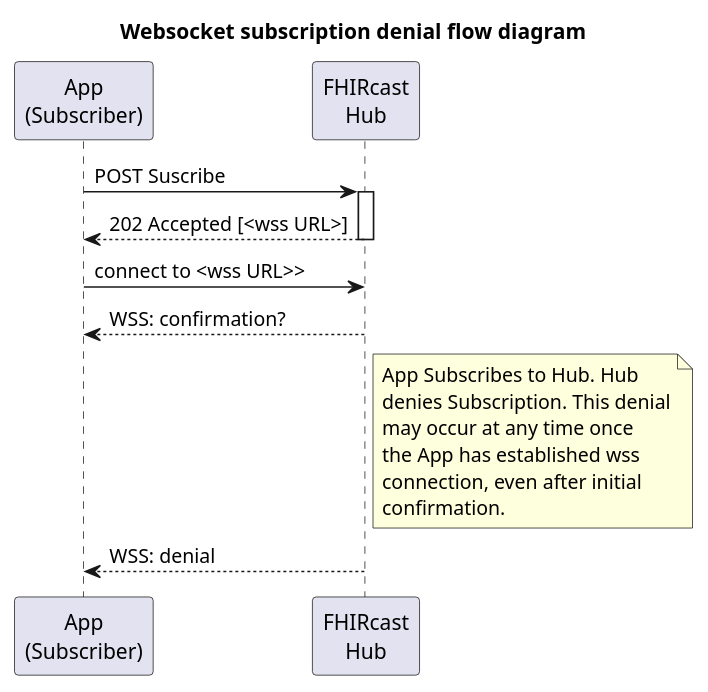
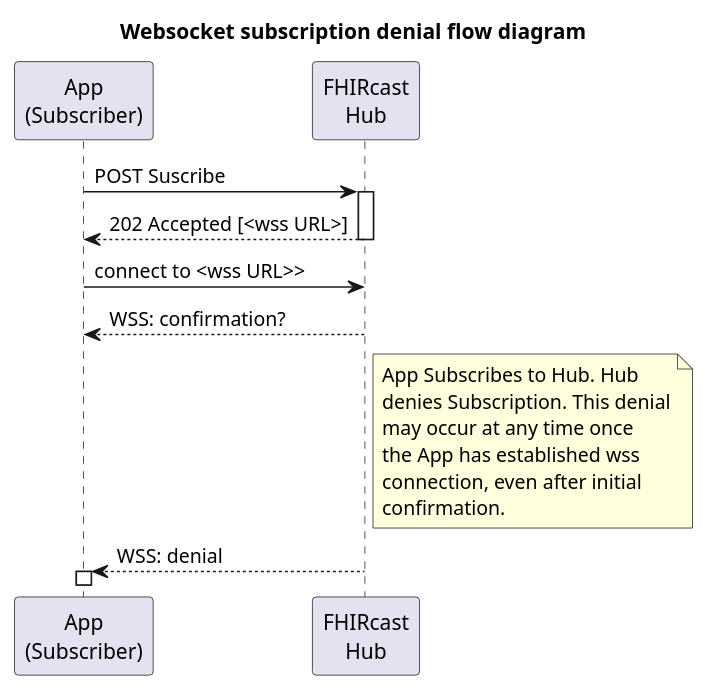
The diagram in input/images-source/DeniedSubscriptionSequence.plantuml (HL7/fhircast-docs), drawn with PlantUML before and after one commit. The commit also changed 1 other file, not shown here.

Commit message:
Minor sequence diagram updates

```diff
--- a/input/images-source/DeniedSubscriptionSequence.plantuml
+++ b/input/images-source/DeniedSubscriptionSequence.plantuml
@@ -1,24 +1,24 @@
 @startuml
 
 title Websocket subscription denial flow diagram
 
 participant "App\n(Subscriber)" as Subscriber
 participant "FHIRcast\nHub" as Hub
 
 Subscriber -> Hub++: POST Suscribe
 Subscriber <-- Hub--: 202 Accepted [<wss URL>]
 Subscriber -> Hub: connect to <wss URL>>
 Subscriber <-- Hub: WSS: confirmation?
 
 note right of Hub
     App Subscribes to Hub. Hub 
     denies Subscription. This denial
     may occur at any time once
     the App has established wss
     connection, even after initial 
     confirmation.
 end note
 
-Subscriber <-- Hub: WSS: denial
+Hub --> Subscriber++: WSS: denial
 
 @enduml
```
